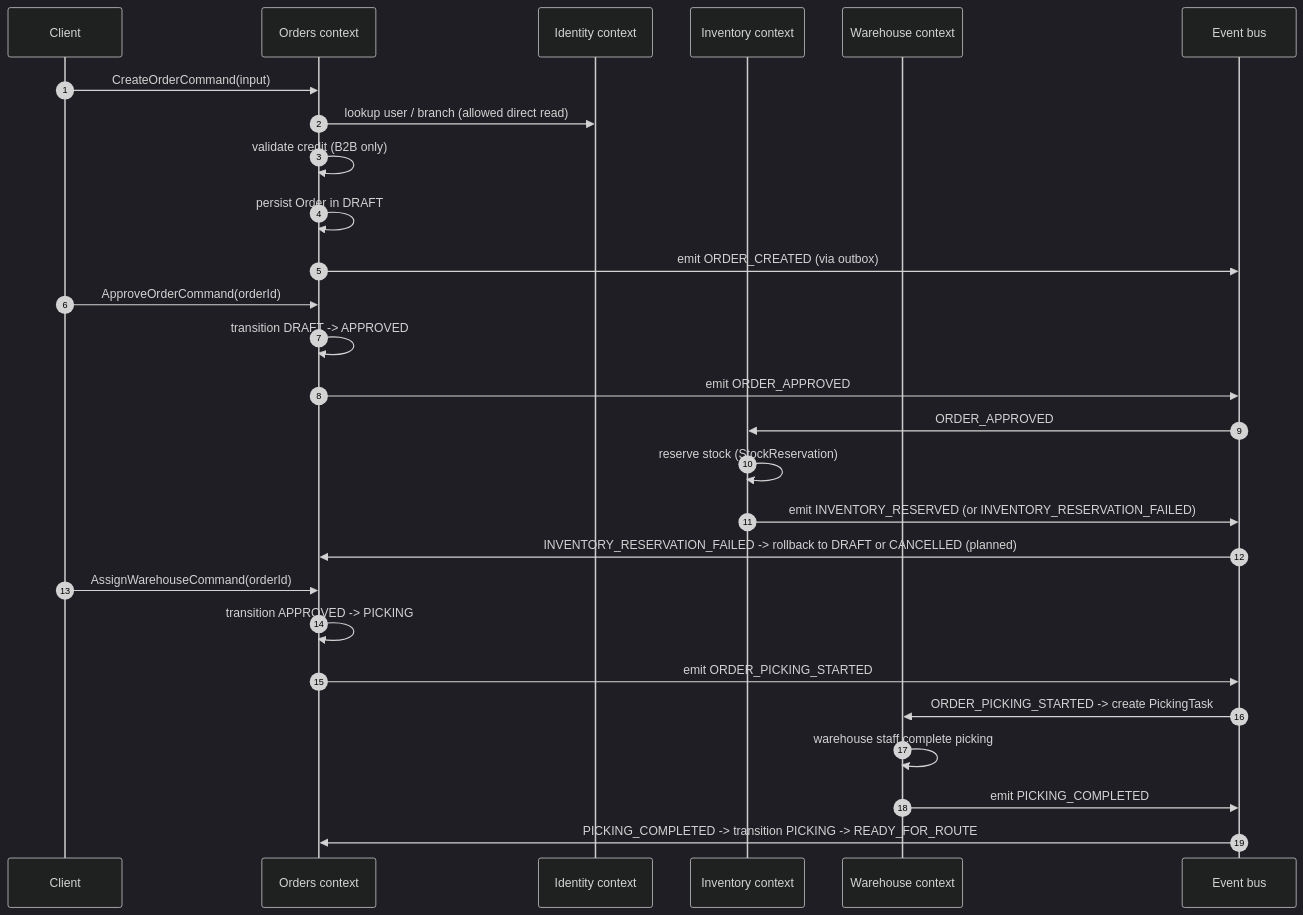
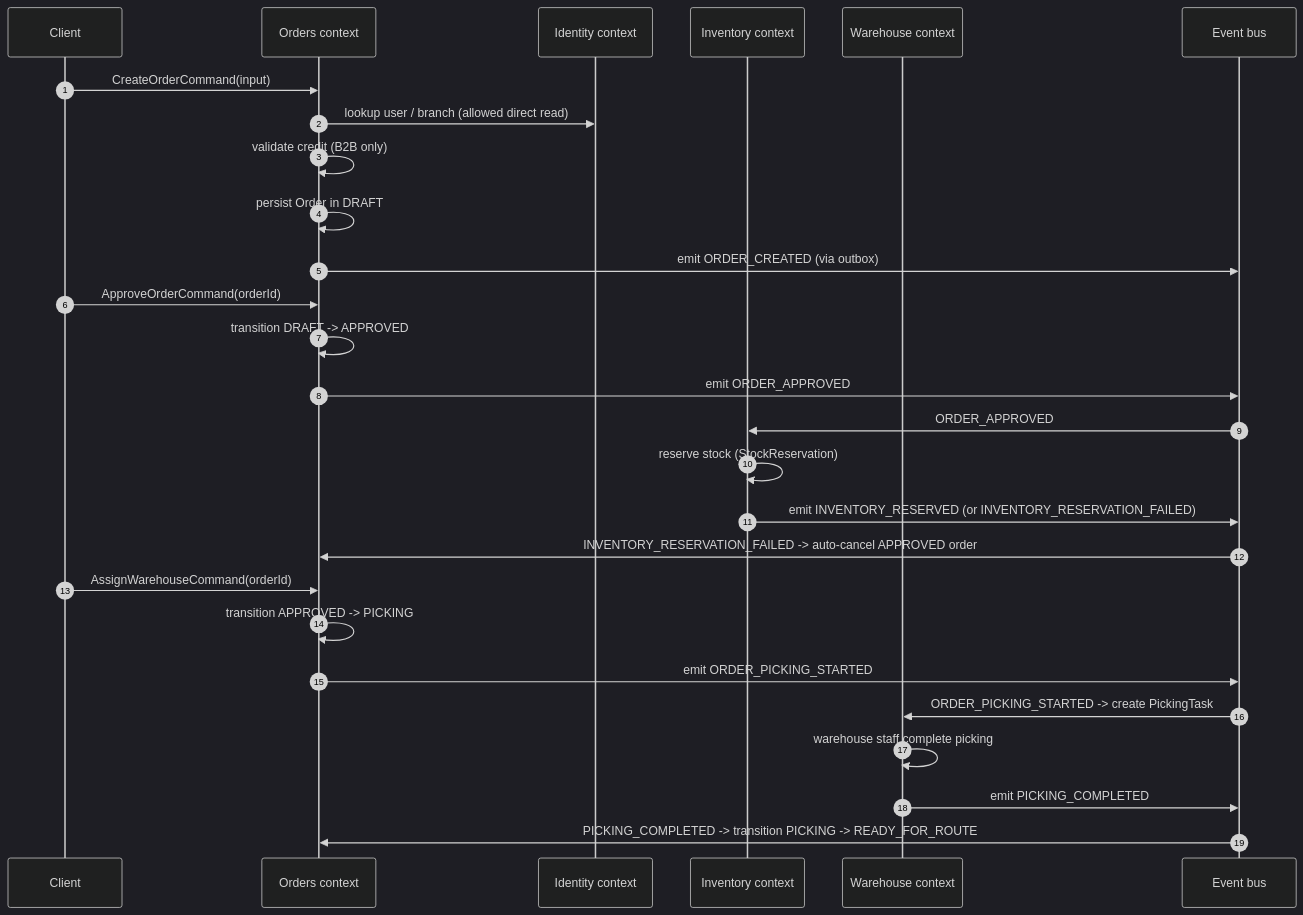
The diagram in docs/workflows/order-creation.md (kevin-esq/binexus-platform), drawn with Mermaid (dark theme) before and after one commit. The commit also changed other lines of this file and 13 other files, not shown here.

Commit message:
feat(orders): auto-cancel on inventory reservation failure (#23)

````diff
--- a/docs/workflows/order-creation.md
+++ b/docs/workflows/order-creation.md
@@ -5,30 +5,30 @@
 ```mermaid
 sequenceDiagram
     autonumber
     participant Client
     participant OrdersAPI as Orders context
     participant Identity as Identity context
     participant Inventory as Inventory context
     participant Warehouse as Warehouse context
     participant Bus as Event bus
 
     Client->>OrdersAPI: CreateOrderCommand(input)
     OrdersAPI->>Identity: lookup user / branch (allowed direct read)
     OrdersAPI->>OrdersAPI: validate credit (B2B only)
     OrdersAPI->>OrdersAPI: persist Order in DRAFT
     OrdersAPI->>Bus: emit ORDER_CREATED (via outbox)
     Client->>OrdersAPI: ApproveOrderCommand(orderId)
     OrdersAPI->>OrdersAPI: transition DRAFT -> APPROVED
     OrdersAPI->>Bus: emit ORDER_APPROVED
     Bus->>Inventory: ORDER_APPROVED
     Inventory->>Inventory: reserve stock (StockReservation)
     Inventory->>Bus: emit INVENTORY_RESERVED (or INVENTORY_RESERVATION_FAILED)
-    Bus->>OrdersAPI: INVENTORY_RESERVATION_FAILED -> rollback to DRAFT or CANCELLED (planned)
+    Bus->>OrdersAPI: INVENTORY_RESERVATION_FAILED -> auto-cancel APPROVED order
     Client->>OrdersAPI: AssignWarehouseCommand(orderId)
     OrdersAPI->>OrdersAPI: transition APPROVED -> PICKING
     OrdersAPI->>Bus: emit ORDER_PICKING_STARTED
     Bus->>Warehouse: ORDER_PICKING_STARTED -> create PickingTask
     Warehouse->>Warehouse: warehouse staff complete picking
     Warehouse->>Bus: emit PICKING_COMPLETED
     Bus->>OrdersAPI: PICKING_COMPLETED -> transition PICKING -> READY_FOR_ROUTE
 ```
````
